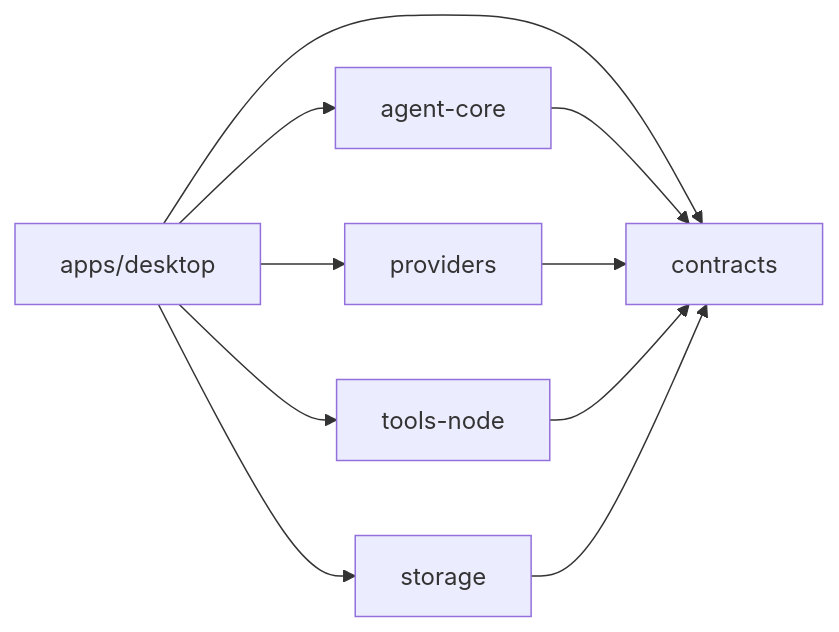
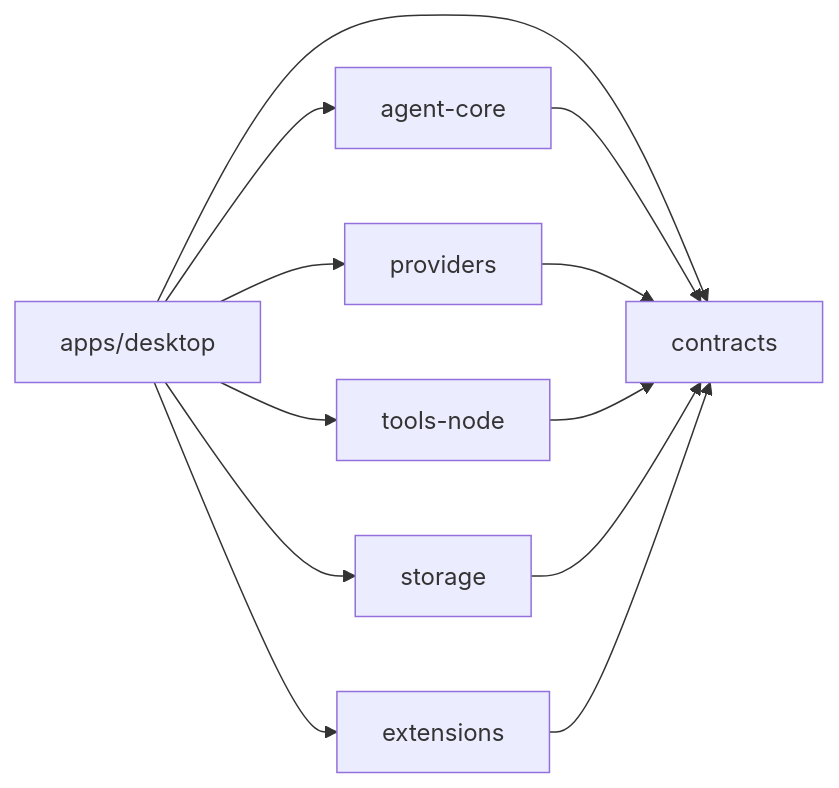
The diagram in docs/technical-implementation/README.md (zxt6991-source/jojo-agent), drawn with Mermaid before and after one commit. The commit also changed other lines of this file and 34 other files, not shown here.

````diff
--- a/docs/technical-implementation/README.md
+++ b/docs/technical-implementation/README.md
@@ -25,12 +26,14 @@
 ```mermaid
 flowchart LR
     D["apps/desktop"] --> C["contracts"]
     D --> A["agent-core"]
     D --> P["providers"]
     D --> T["tools-node"]
     D --> S["storage"]
+    D --> E["extensions"]
     A --> C
     P --> C
     T --> C
     S --> C
+    E --> C
 ```
````
